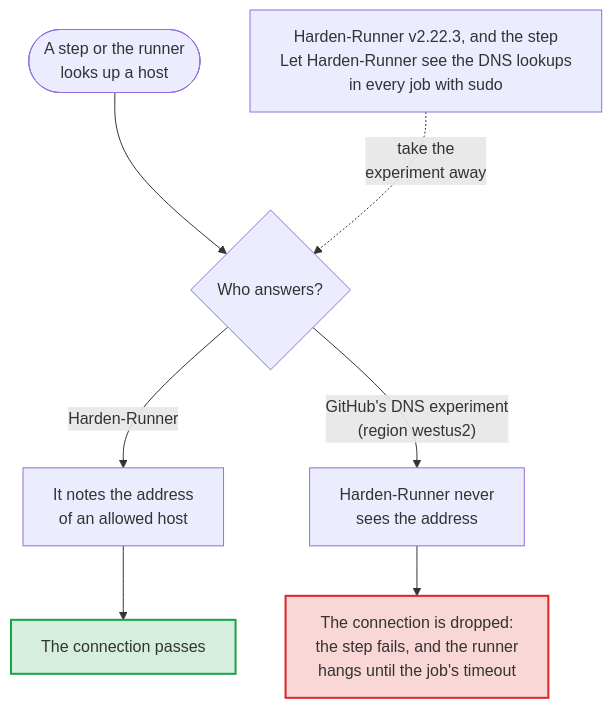
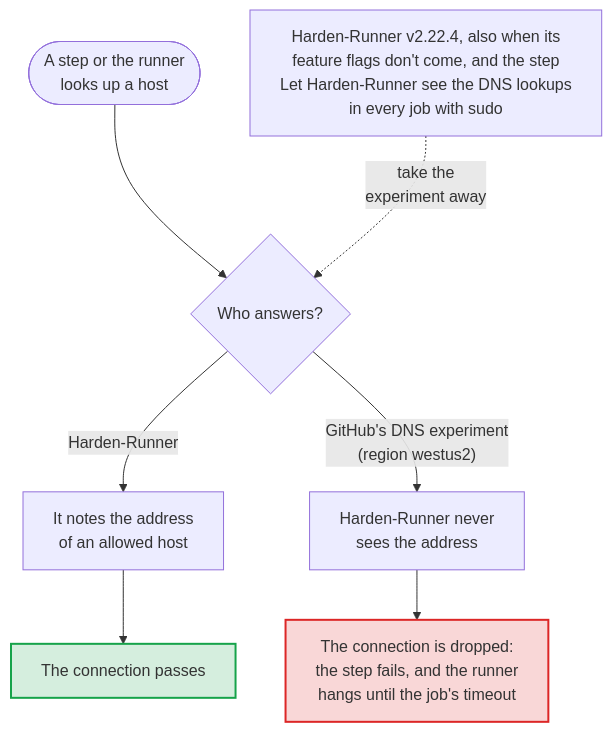
One commit to Dennis-Otto/homedarts-for-autodarts changed the diagram in docs/diagrams/harden-runner-dns.en.mmd. Above: the diagram before and after it, drawn with Mermaid. The commit also changed 20 other files, not shown here.

First line of the commit message:
fix: a stuck hand back after a minute away gets its own restart, and the E2E no longer flakes (#614)

```diff
--- a/docs/diagrams/harden-runner-dns.en.mmd
+++ b/docs/diagrams/harden-runner-dns.en.mmd
@@ -1,18 +1,18 @@
 ---
 config:
   flowchart:
     wrappingWidth: 400
 ---
 flowchart TB
   accTitle: Why Harden-Runner has to see the DNS lookups of a job
-  accDescr: A step or the runner looks up a host. When Harden-Runner answers, it notes the address of an allowed host and the connection passes. On a runner with GitHub's DNS experiment, so far in the region westus2, another resolver answers. Harden-Runner never sees the address and drops the connection, so the step fails and the runner hangs until the timeout of the job. Harden-Runner since v2.22.3, when its feature flags come within 3 seconds, and the step after it in every job with sudo take the experiment away.
+  accDescr: A step or the runner looks up a host. When Harden-Runner answers, it notes the address of an allowed host and the connection passes. On a runner with GitHub's DNS experiment, so far in the region westus2, another resolver answers. Harden-Runner never sees the address and drops the connection, so the step fails and the runner hangs until the timeout of the job. Harden-Runner since v2.22.4, also when its feature flags don't come, and the step after it in every job with sudo take the experiment away.
   LOOKUP(["A step or the runner<br/>looks up a host"]) --> WHO{"Who answers?"}
   WHO -- "Harden-Runner" --> SEEN["It notes the address<br/>of an allowed host"]
   SEEN --> PASS["The connection passes"]
   WHO -- "GitHub's DNS experiment<br/>(region westus2)" --> HIDDEN["Harden-Runner never<br/>sees the address"]
   HIDDEN --> DROP["The connection is dropped:<br/>the step fails, and the runner<br/>hangs until the job's timeout"]
-  FIX["Harden-Runner v2.22.3, and the step<br/>Let Harden-Runner see the DNS lookups<br/>in every job with sudo"] -. "take the<br/>experiment away" .-> WHO
+  FIX["Harden-Runner v2.22.4, also when its<br/>feature flags don't come, and the step<br/>Let Harden-Runner see the DNS lookups<br/>in every job with sudo"] -. "take the<br/>experiment away" .-> WHO
   classDef done fill:#16a34a2e,stroke:#16a34a,stroke-width:2px
   classDef problem fill:#dc26262e,stroke:#dc2626,stroke-width:2px
   class PASS done
   class DROP problem
```
